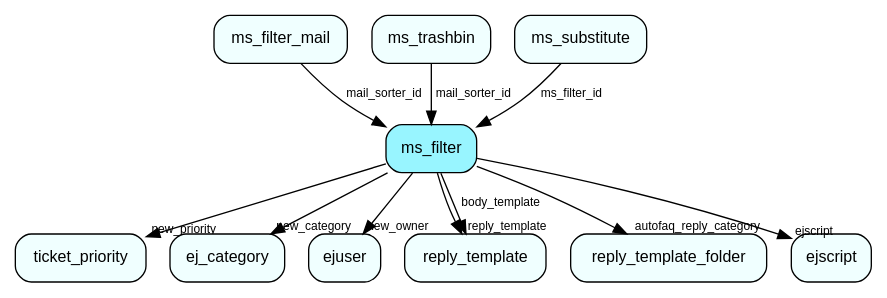
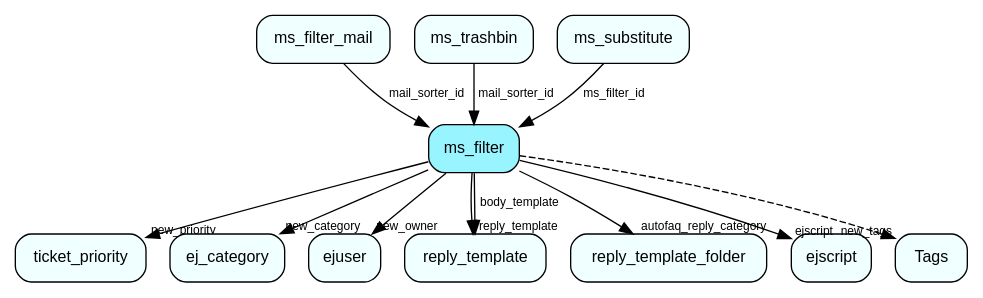
The diagram in docs/database/tables/media/ms_filter.dot (SuperOfficeDocs/superoffice-docs), drawn with Graphviz before and after one commit. The commit also changed 688 other files, not shown here.

```diff
--- a/docs/database/tables/media/ms_filter.dot
+++ b/docs/database/tables/media/ms_filter.dot
@@ -1,25 +1,27 @@
 digraph ms_filter  {
 node [shape = box style="rounded, filled" fontname = "Helvetica" fontsize = "12" ]
 edge [fontname = "Helvetica" fontsize = "9"]
 
 ms_filter[fillcolor = "cadetblue1"]
 ticket_priority[fillcolor = "azure1"]
 ej_category[fillcolor = "azure1"]
 ejuser[fillcolor = "azure1"]
 reply_template[fillcolor = "azure1"]
 reply_template_folder[fillcolor = "azure1"]
 ejscript[fillcolor = "azure1"]
+Tags[fillcolor = "azure1"]
 ms_filter_mail[fillcolor = "azure1"]
 ms_trashbin[fillcolor = "azure1"]
 ms_substitute[fillcolor = "azure1"]
 ms_filter -> ticket_priority [headlabel = "new_priority"]
 ms_filter -> ej_category [headlabel = "new_category"]
 ms_filter -> ejuser [headlabel = "new_owner"]
 ms_filter -> reply_template [headlabel = "reply_template"]
 ms_filter -> reply_template [label = "body_template"]
 ms_filter -> reply_template_folder [headlabel = "autofaq_reply_category"]
 ms_filter -> ejscript [headlabel = "ejscript"]
+ms_filter -> Tags [headlabel = "new_tags" style="dashed"]
 ms_filter_mail -> ms_filter [label = "mail_sorter_id"]
 ms_trashbin -> ms_filter [label = "mail_sorter_id"]
 ms_substitute -> ms_filter [label = "ms_filter_id"]
 }
```
